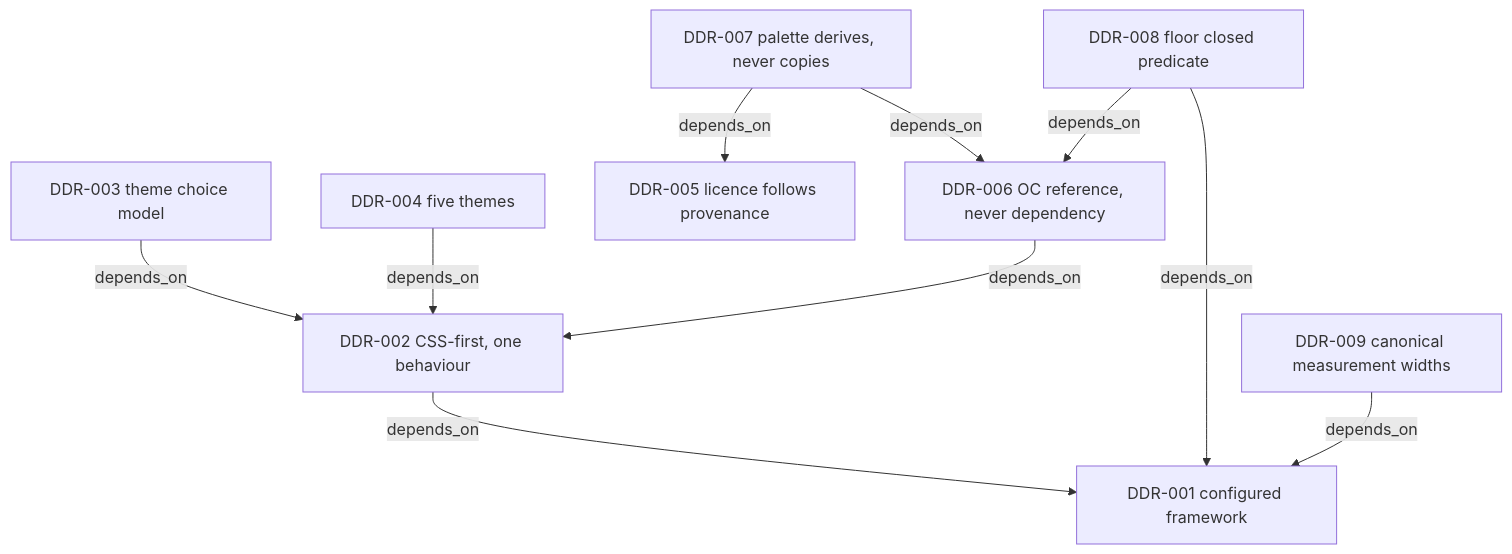
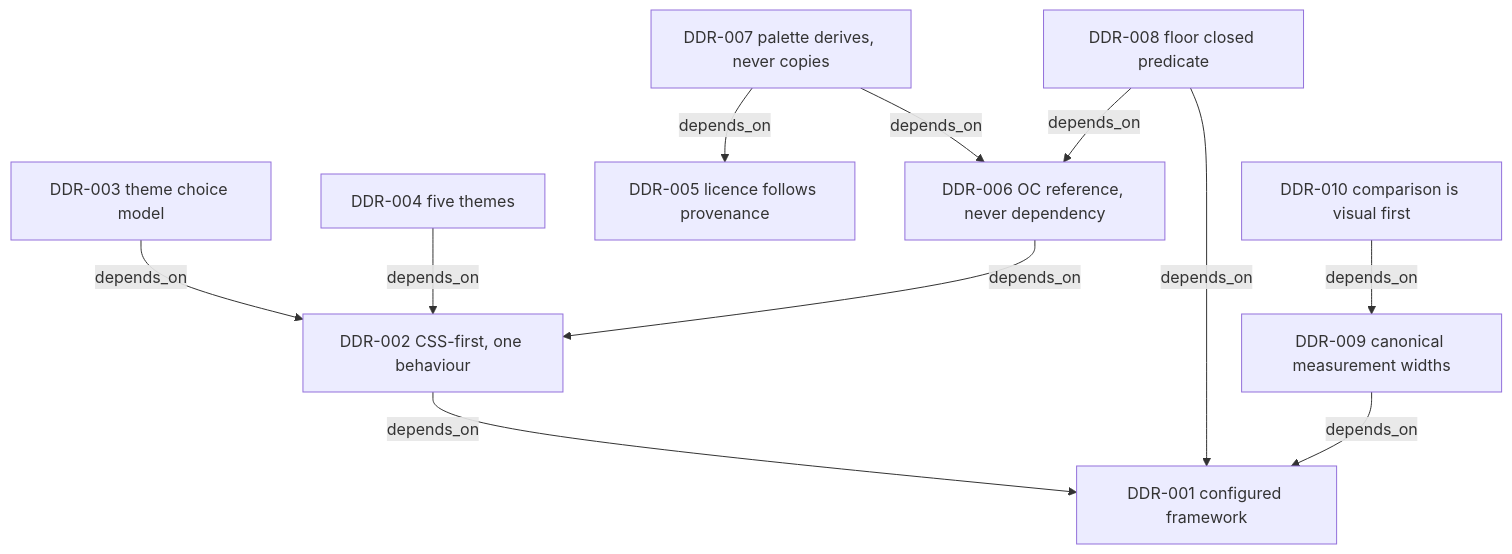
One commit to EngraphCode/oak-open-curriculum-ecosystem changed the diagram in docs/design/README.md. Above: the diagram before and after it, drawn with Mermaid. The commit also changed other lines of this file and 14 other files, not shown here.

````diff
--- a/docs/design/README.md
+++ b/docs/design/README.md
@@ -112,21 +113,23 @@
 ```mermaid
 graph TD
   DDR001["DDR-001 configured framework"]
   DDR002["DDR-002 CSS-first, one behaviour"]
   DDR003["DDR-003 theme choice model"]
   DDR004["DDR-004 five themes"]
   DDR005["DDR-005 licence follows provenance"]
   DDR006["DDR-006 OC reference, never dependency"]
   DDR007["DDR-007 palette derives, never copies"]
   DDR008["DDR-008 floor closed predicate"]
   DDR009["DDR-009 canonical measurement widths"]
+  DDR010["DDR-010 comparison is visual first"]
   DDR002 -->|depends_on| DDR001
   DDR003 -->|depends_on| DDR002
   DDR004 -->|depends_on| DDR002
   DDR006 -->|depends_on| DDR002
   DDR007 -->|depends_on| DDR005
   DDR007 -->|depends_on| DDR006
   DDR008 -->|depends_on| DDR001
   DDR008 -->|depends_on| DDR006
   DDR009 -->|depends_on| DDR001
+  DDR010 -->|depends_on| DDR009
 ```
````
